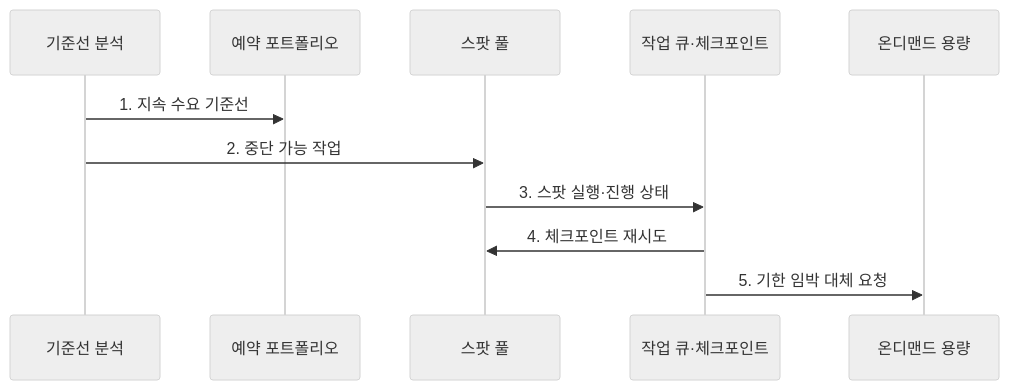
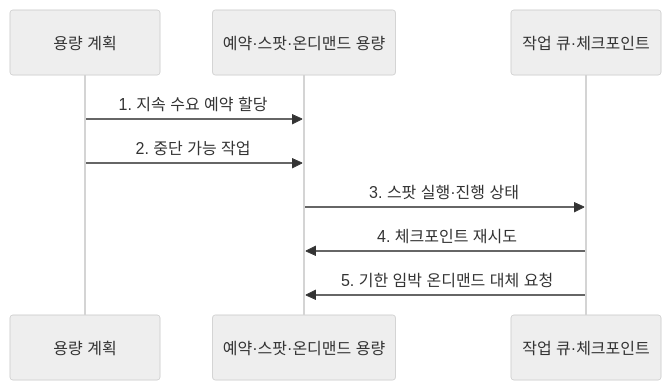
One commit to agnusdei1207/knowledge-base changed the second of 2 diagrams in src/content/docs/notes/03-software/148_reserved_spot_instance.md. Above: the diagram before and after it, drawn with Mermaid (neutral theme). The commit also changed other lines of this file and 7 other files, not shown here.

Commit message:
Reduce cloud platform diagram actors

````diff
--- a/src/content/docs/notes/03-software/148_reserved_spot_instance.md
+++ b/src/content/docs/notes/03-software/148_reserved_spot_instance.md
@@ -98,13 +98,11 @@
 ```mermaid
 sequenceDiagram
-    participant B as 기준선 분석
-    participant R as 예약 포트폴리오
-    participant S as 스팟 풀
+    participant B as 용량 계획
+    participant S as 예약·스팟·온디맨드 용량
     participant Q as 작업 큐·체크포인트
-    participant O as 온디맨드 용량
-    B->>R: 1. 지속 수요 기준선
+    B->>S: 1. 지속 수요 예약 할당
     B->>S: 2. 중단 가능 작업
     S->>Q: 3. 스팟 실행·진행 상태
     Q->>S: 4. 체크포인트 재시도
-    Q->>O: 5. 기한 임박 대체 요청
+    Q->>S: 5. 기한 임박 온디맨드 대체 요청
 ```
````
